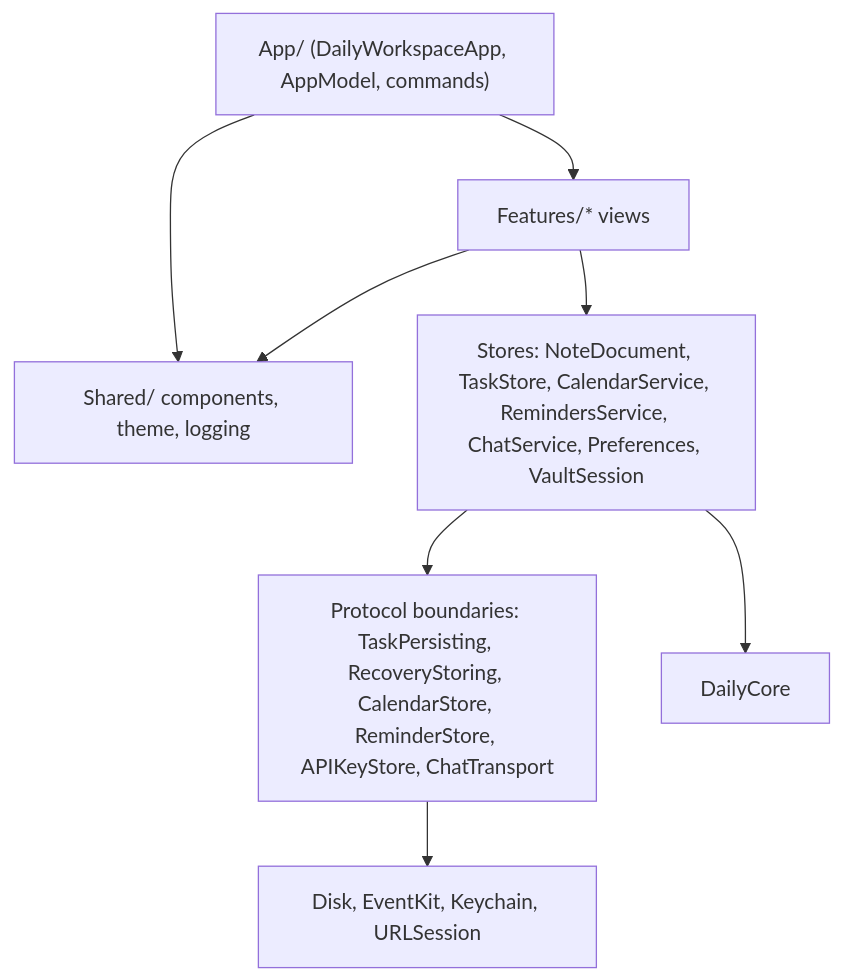
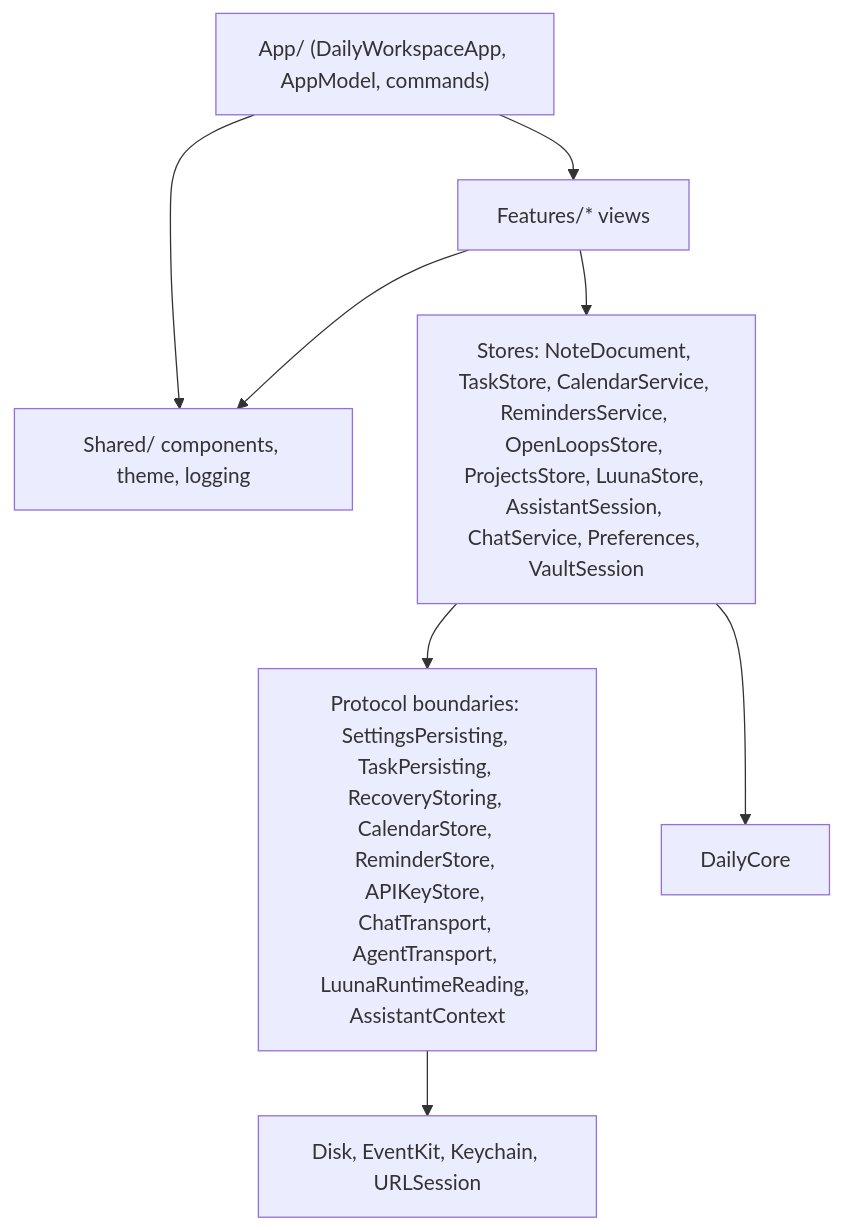
One commit to brodynelly/daily-workspace changed the diagram in docs/ARCHITECTURE.md. Above: the diagram before and after it, drawn with Mermaid. The commit also changed other lines of this file and 5 other files, not shown here.

First line of the commit message:
Document the six-screen app, its sources and the Luuna design system

````diff
--- a/docs/ARCHITECTURE.md
+++ b/docs/ARCHITECTURE.md
@@ -58,10 +89,10 @@
 ```mermaid
 flowchart TD
     App["App/ (DailyWorkspaceApp, AppModel, commands)"] --> Features
     App --> Shared
-    Features["Features/* views"] --> Stores["Stores: NoteDocument, TaskStore, CalendarService, RemindersService, ChatService, Preferences, VaultSession"]
+    Features["Features/* views"] --> Stores["Stores: NoteDocument, TaskStore, CalendarService, RemindersService, OpenLoopsStore, ProjectsStore, LuunaStore, AssistantSession, ChatService, Preferences, VaultSession"]
     Features --> Shared["Shared/ components, theme, logging"]
-    Stores --> Boundaries["Protocol boundaries: TaskPersisting, RecoveryStoring, CalendarStore, ReminderStore, APIKeyStore, ChatTransport"]
+    Stores --> Boundaries["Protocol boundaries: SettingsPersisting, TaskPersisting, RecoveryStoring, CalendarStore, ReminderStore, APIKeyStore, ChatTransport, AgentTransport, LuunaRuntimeReading, AssistantContext"]
     Stores --> Core["DailyCore"]
     Boundaries --> System["Disk, EventKit, Keychain, URLSession"]
 ```
````
